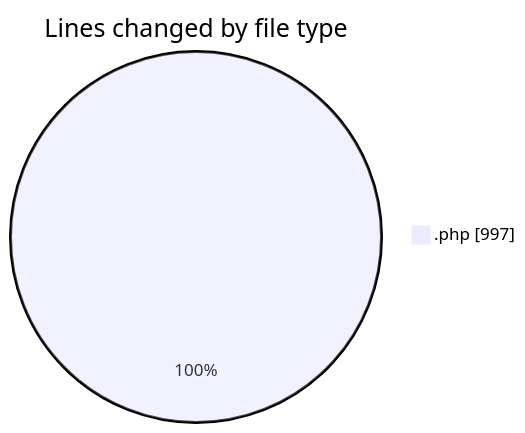
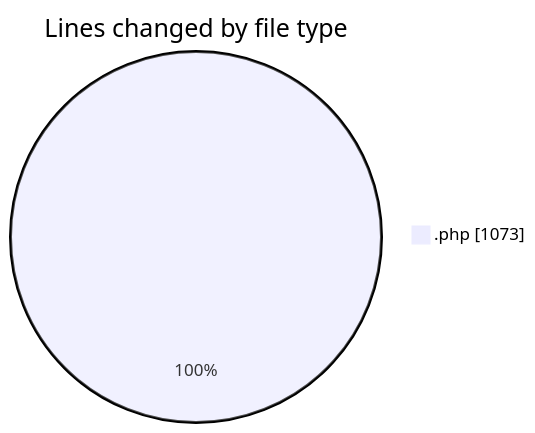
The first of 2 diagrams in 2025-10-03/untitled__workspace_/README.md (debugP/code-tracking), drawn with Mermaid before and after one commit. The commit also changed other lines of this file and 1 other file, not shown here.

````diff
--- a/2025-10-03/untitled__workspace_/README.md
+++ b/2025-10-03/untitled__workspace_/README.md
@@ -20,5 +20,5 @@
 ```mermaid
 pie showData
 title Lines changed by file type
-".php" : 997
+".php" : 1073
 ```
````
